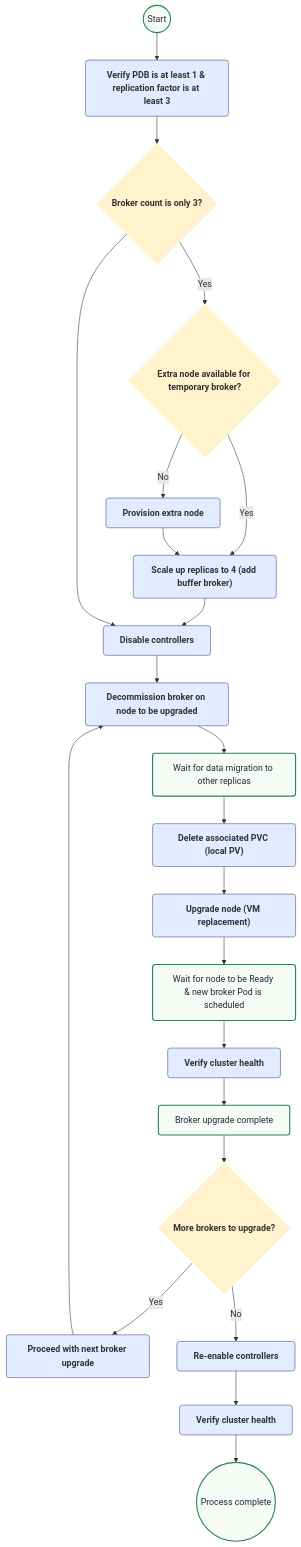
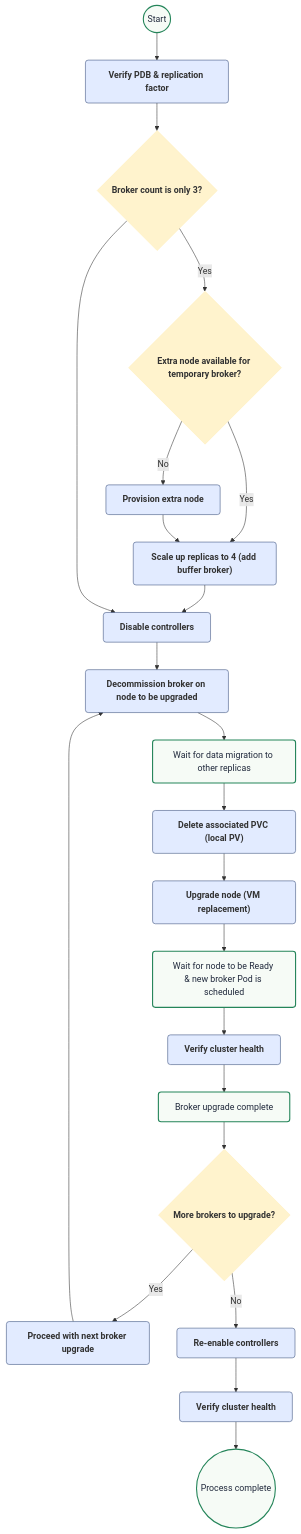
Before and after one commit to redpanda-data/docs: the diagram in modules/upgrade/pages/k-upgrade-kubernetes.adoc, drawn with Mermaid. The commit also changed other lines of this file and 2 other files, not shown here.

```diff
--- a/modules/upgrade/pages/k-upgrade-kubernetes.adoc
+++ b/modules/upgrade/pages/k-upgrade-kubernetes.adoc
@@ -184,31 +205,31 @@
 [mermaid]
 ----
 flowchart TB
   %% Define classes
   classDef userAction stroke:#374D7C, fill:#E2EBFF, font-weight:bold, rx:5, ry:5;
   classDef systemAction fill:#F6FBF6, stroke:#25855a, stroke-width:2px, color:#20293c, rx:5, ry:5;
   classDef decision fill:#FFF3CD, stroke:#FFEEBA, font-weight:bold, rx:5, ry:5;
 
   %% Main flow for a single broker upgrade (controllers remain disabled until all brokers are upgraded)
-  A((Start)):::systemAction --> B["Verify PDB is at least 1 & replication factor is at least 3"]:::userAction
+  A((Start)):::systemAction --> B["Verify PDB & replication factor"]:::userAction
   B --> C{Broker count is only 3?}:::decision
   C -- Yes --> D{Extra node available for temporary broker?}:::decision
   D -- Yes --> E["Scale up replicas to 4 (add buffer broker)"]:::userAction
   D -- No --> F["Provision extra node"]:::userAction
   E --> H["Disable controllers"]:::userAction
   F --> E
   C --> H
   H --> I["Decommission broker on node to be upgraded"]:::userAction
   I --> J["Wait for data migration to other replicas"]:::systemAction
   J --> K["Delete associated PVC (local PV)"]:::userAction
   K --> L["Upgrade node (VM replacement)"]:::userAction
   L --> M["Wait for node to be Ready & new broker Pod is scheduled"]:::systemAction
   M --> N["Verify cluster health"]:::userAction
   N --> O["Broker upgrade complete"]:::systemAction
   O --> P{More brokers to upgrade?}:::decision
   P -- Yes --> Q["Proceed with next broker upgrade"]:::userAction
   Q --> I
   P -- No --> R["Re-enable controllers"]:::userAction
   R --> S["Verify cluster health"]:::userAction
   S --> T((Process complete)):::systemAction
 ----
```
